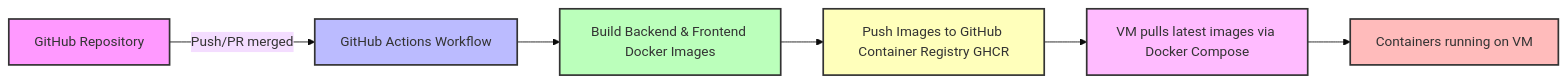
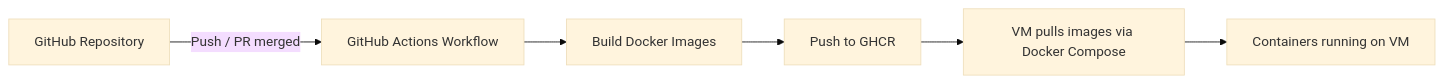
The diagram in readme.md (A-Marbach/conduit-container), drawn with Mermaid (base theme) before and after one commit. The commit also changed other lines of this file, not shown here.

Commit message:
change design

````diff
--- a/readme.md
+++ b/readme.md
@@ -111,15 +111,8 @@
 ```mermaid
 flowchart LR
-    A[GitHub Repository] -->|Push/PR merged| B[GitHub Actions Workflow]
-    B --> C[Build Backend & Frontend Docker Images]
-    C --> D[Push Images to GitHub Container Registry GHCR]
-    D --> E[VM pulls latest images via Docker Compose]
+    A[GitHub Repository] -->|Push / PR merged| B[GitHub Actions Workflow]
+    B --> C[Build Docker Images]
+    C --> D[Push to GHCR]
+    D --> E[VM pulls images via Docker Compose]
     E --> F[Containers running on VM]
-
-    style A fill:#f9f,stroke:#333,stroke-width:2px
-    style B fill:#bbf,stroke:#333,stroke-width:2px
-    style C fill:#bfb,stroke:#333,stroke-width:2px
-    style D fill:#ffb,stroke:#333,stroke-width:2px
-    style E fill:#fbf,stroke:#333,stroke-width:2px
-    style F fill:#fbb,stroke:#333,stroke-width:2px
 ```
````
